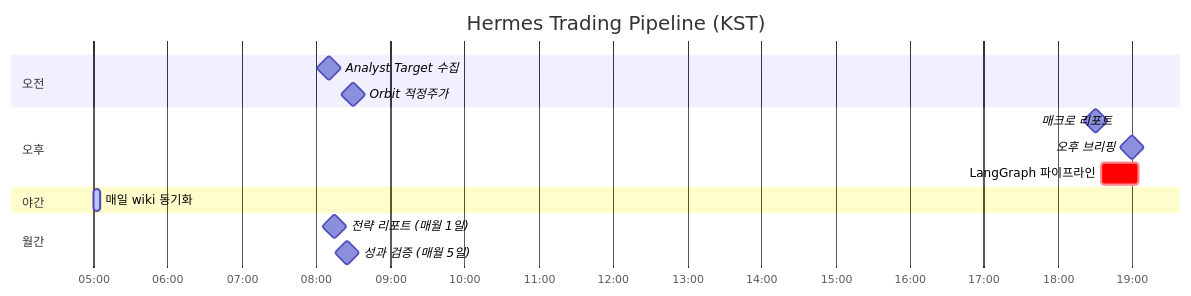
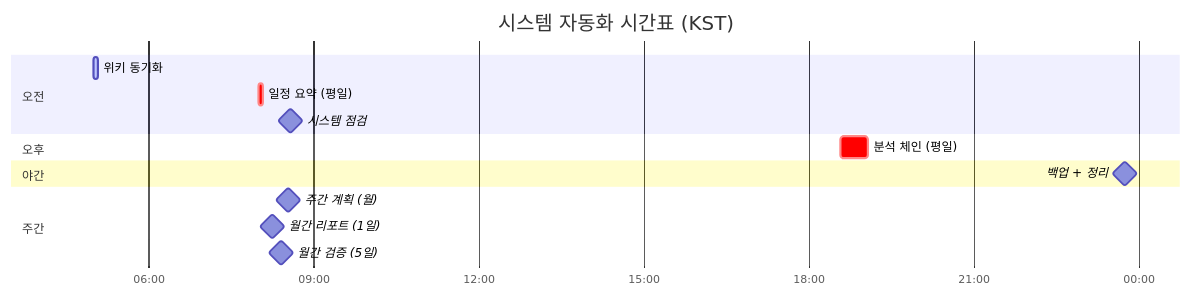
One commit to mybotagent/hermes-architecture-deck changed the first of 2 diagrams in slides/03-pipeline.md. Above: the diagram before and after it, drawn with Mermaid. The commit also changed other lines of this file and 8 other files, not shown here.

First line of the commit message:
fix: mermaid ID 영문화 + 주식 내용 제거 + 카드형 인덱스

````diff
--- a/slides/03-pipeline.md
+++ b/slides/03-pipeline.md
@@ -10,22 +9,22 @@
 ```mermaid
 gantt
-    title Hermes Trading Pipeline (KST)
-    dateFormat  HH:mm
+    title 시스템 자동화 시간표 (KST)
+    dateFormat HH:mm
     axisFormat %H:%M
 
     section 오전
-    Analyst Target 수집       :milestone, m1, 08:10, 0m
-    Orbit 적정주가            :milestone, m2, 08:30, 0m
+    위키 동기화              :active, m1, 05:00, 5m
+    일정 요약 (평일)          :crit, m2, 08:00, 5m
+    시스템 점검               :milestone, m3, 08:30, 10m
 
     section 오후
-    매크로 리포트              :milestone, m3, 18:30, 0m
-    오후 브리핑                :milestone, m4, 19:00, 0m
-    LangGraph 파이프라인        :crit, m5, 18:35, 30m
+    분석 체인 (평일)           :crit, m4, 18:35, 30m
 
     section 야간
-    매일 wiki 동기화           :active, m6, 05:00, 5m
+    백업 + 정리              :milestone, m5, 23:30, 30m
 
-    section 월간
-    전략 리포트 (매월 1일)      :milestone, m7, 08:00, 30m
-    성과 검증 (매월 5일)        :milestone, m8, 08:10, 30m
+    section 주간
+    주간 계획 (월)            :milestone, w1, 08:30, 5m
+    월간 리포트 (1일)         :milestone, w2, 08:00, 30m
+    월간 검증 (5일)           :milestone, w3, 08:10, 30m
 ```
````
